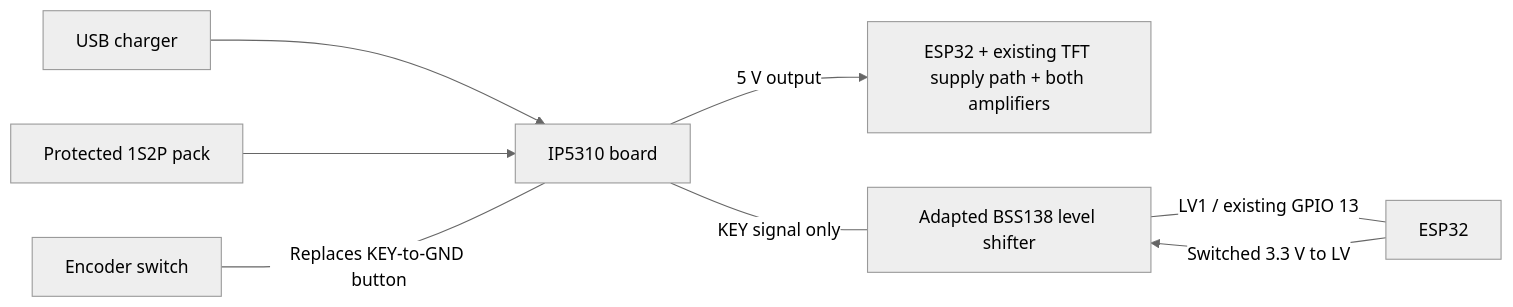
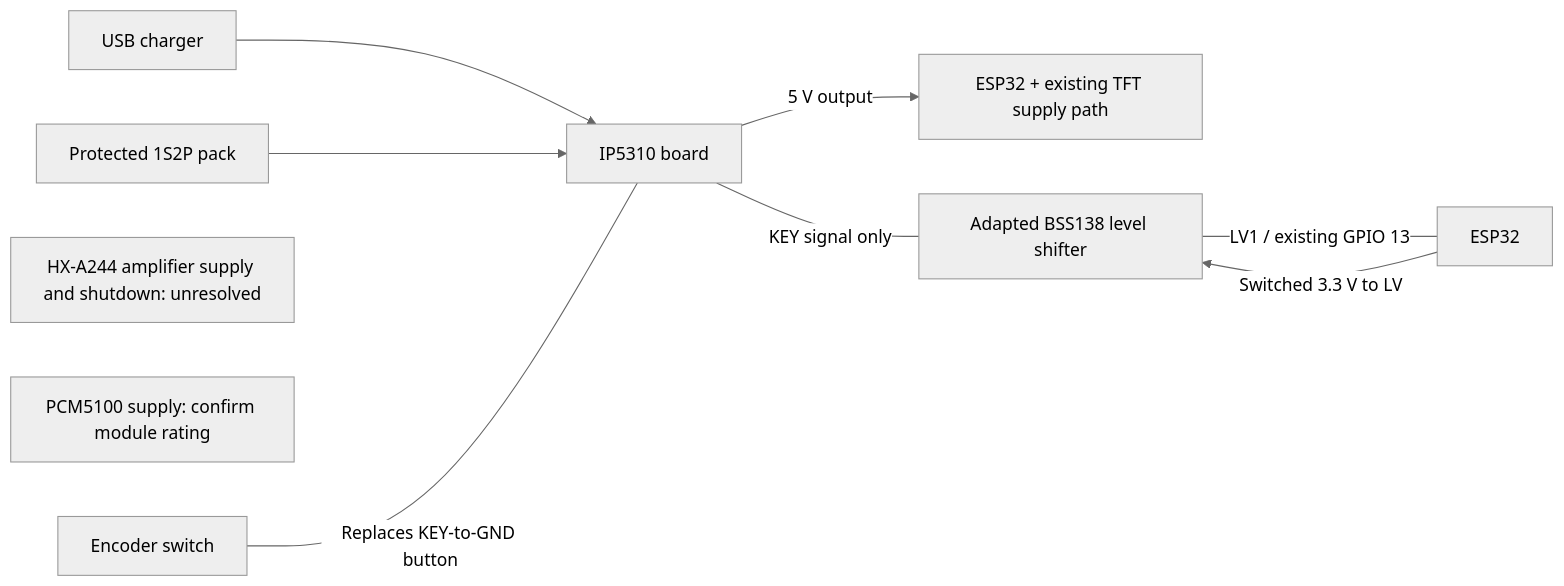
The diagram in docs/hardware/battery-power-architecture-plan.md (theDontKnowGuy/radiohead), drawn with Mermaid (neutral theme) before and after one commit. The commit also changed other lines of this file and 18 other files, not shown here.

````diff
--- a/docs/hardware/battery-power-architecture-plan.md
+++ b/docs/hardware/battery-power-architecture-plan.md
@@ -46,10 +54,12 @@
 ```mermaid
 flowchart LR
     USB[USB charger] --> PMIC[IP5310 board]
     PACK[Protected 1S2P pack] --> PMIC
-    PMIC -->|5 V output| RADIO[ESP32 + existing TFT supply path + both amplifiers]
+    PMIC -->|5 V output| RADIO[ESP32 + existing TFT supply path]
+    AMP[HX-A244 amplifier supply and shutdown: unresolved]
+    DAC[PCM5100 supply: confirm module rating]
     SW[Encoder switch] ---|Replaces KEY-to-GND button| PMIC
     PMIC ---|KEY signal only| SHIFT[Adapted BSS138 level shifter]
     SHIFT ---|LV1 / existing GPIO 13| ESP[ESP32]
     ESP -->|Switched 3.3 V to LV| SHIFT
 ```
````
